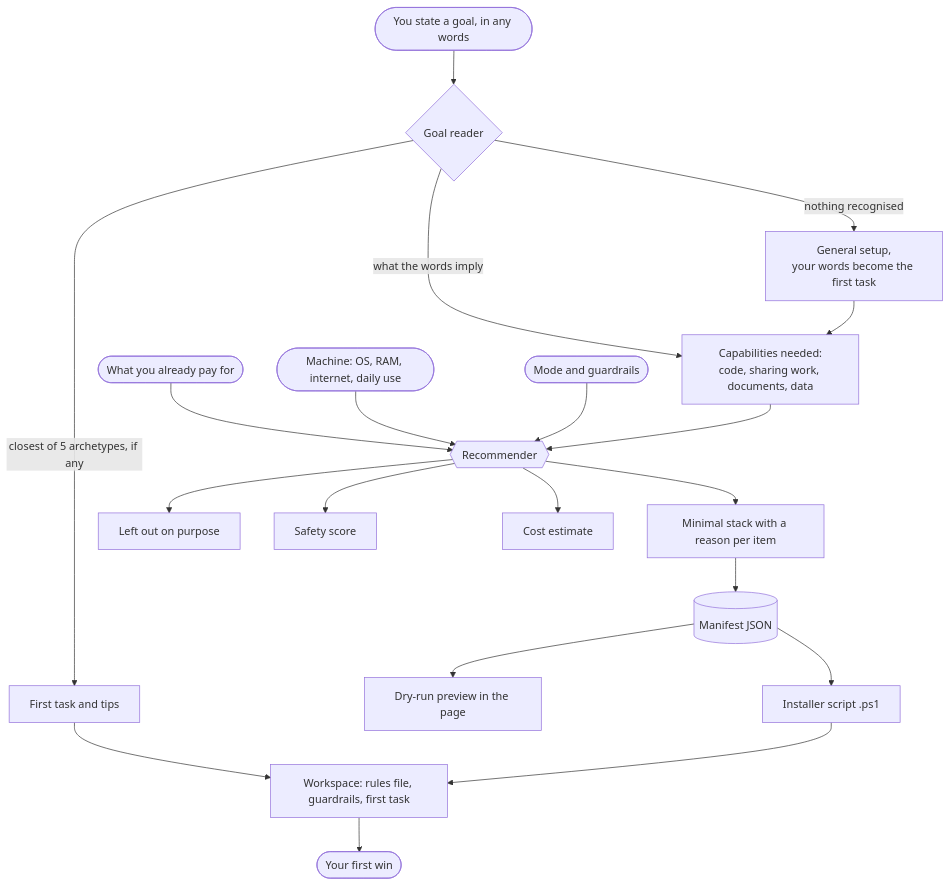
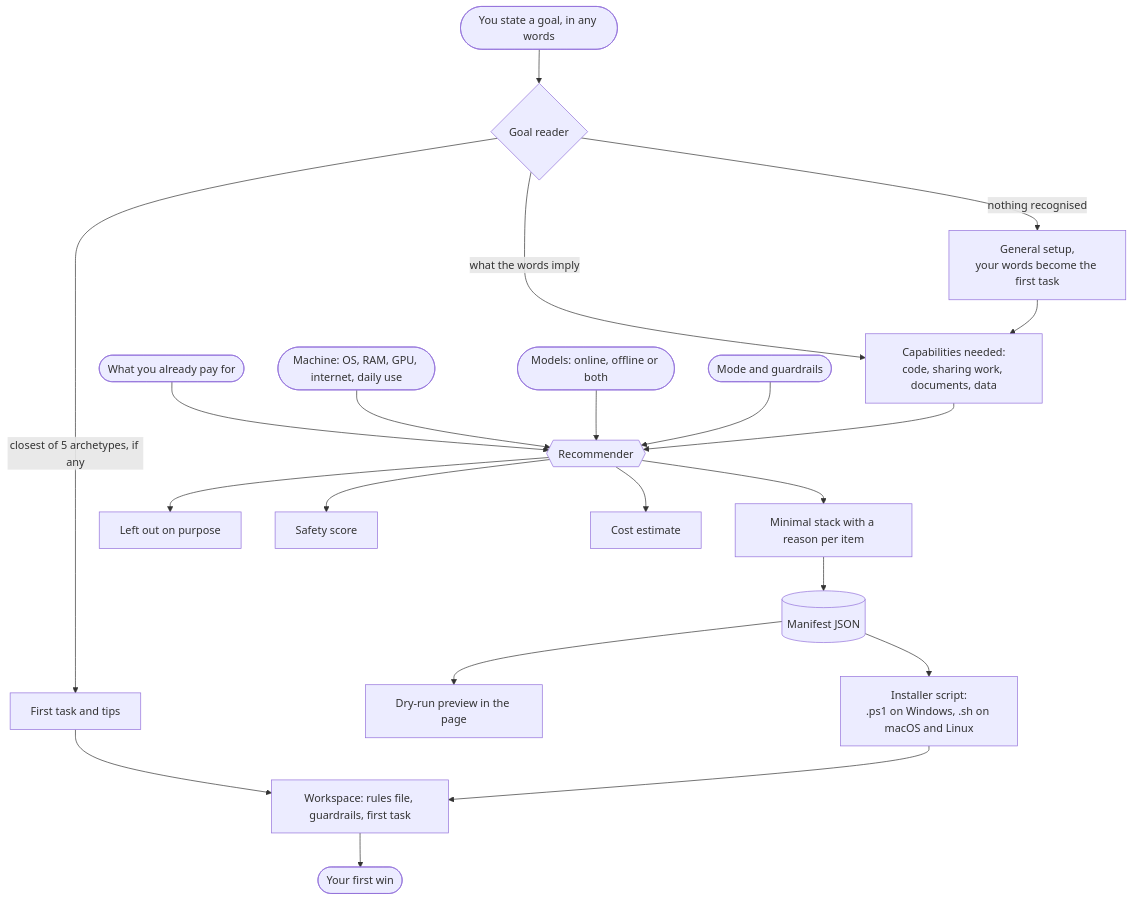
One commit to Arnav-dll/AgentReady changed the first of 5 diagrams in README.md. Above: the diagram before and after it, drawn with Mermaid. The commit also changed other lines of this file and 3 other files, not shown here.

First line of the commit message:
Add GPU and Models steps, a macOS/Linux installer, Antigravity CLI and a winget repair

````diff
--- a/README.md
+++ b/README.md
@@ -47,25 +48,26 @@
 ```mermaid
 flowchart TD
     A([You state a goal, in any words]) --> B{Goal reader}
     B -->|what the words imply| C[Capabilities needed:<br/>code, sharing work, documents, data]
     B -->|closest of 5 archetypes, if any| T[First task and tips]
     B -->|nothing recognised| G[General setup,<br/>your words become the first task]
     G --> C
 
     D([What you already pay for]) --> R
-    E([Machine: OS, RAM, internet, daily use]) --> R
+    E([Machine: OS, RAM, GPU, internet, daily use]) --> R
+    H([Models: online, offline or both]) --> R
     F([Mode and guardrails]) --> R
     C --> R{{Recommender}}
     T --> W
 
     R --> S[Minimal stack with a reason per item]
     R --> K[Left out on purpose]
     R --> SC[Safety score]
     R --> CO[Cost estimate]
 
     S --> M[(Manifest JSON)]
     M --> P[Dry-run preview in the page]
-    M --> I[Installer script .ps1]
+    M --> I[Installer script:<br/>.ps1 on Windows, .sh on macOS and Linux]
     I --> W[Workspace: rules file, guardrails, first task]
     W --> Z([Your first win])
 ```
````
